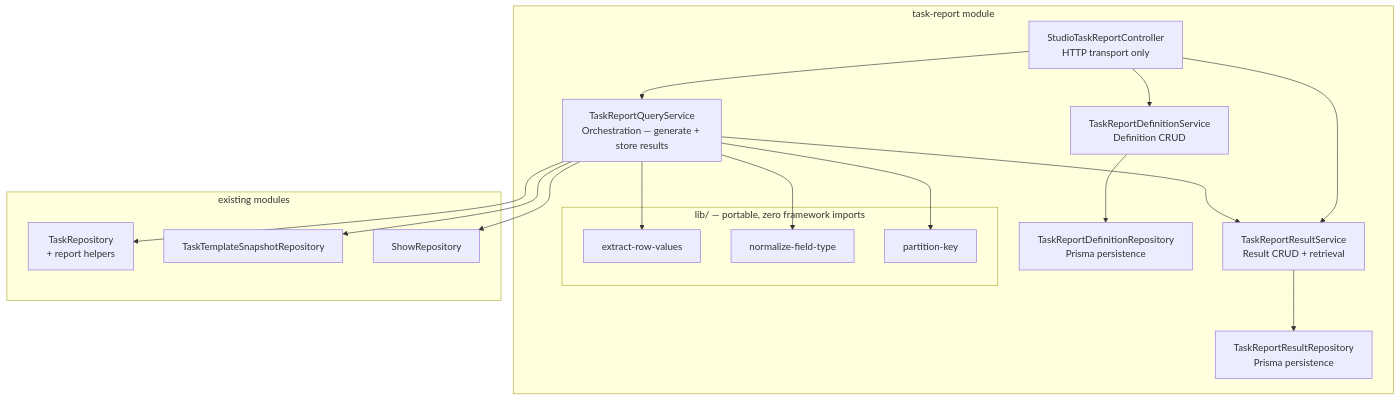
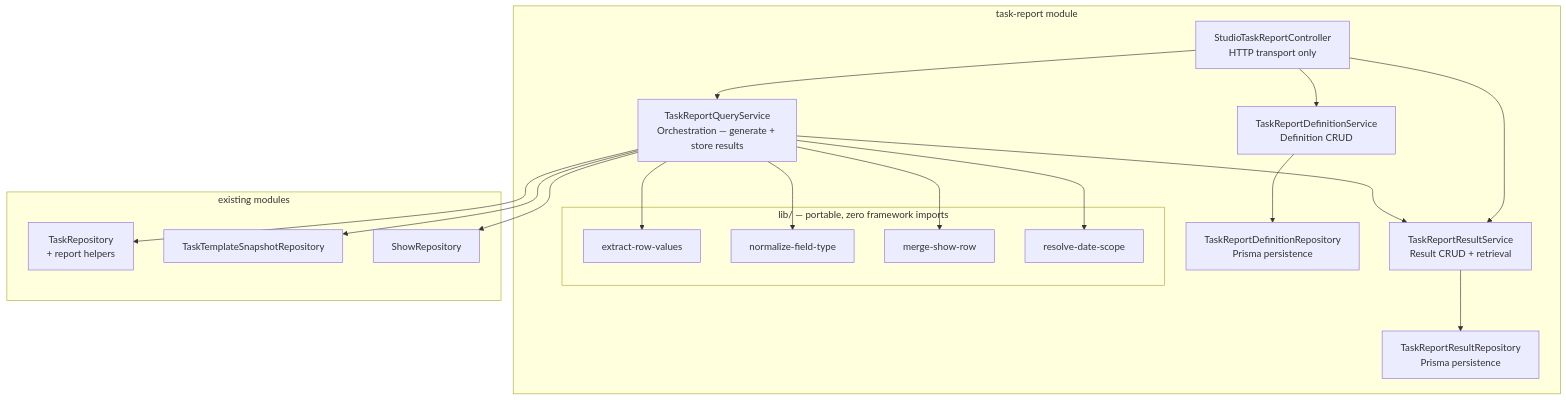
One commit to allenlin90/eridu-services changed the fourth of 4 diagrams in apps/erify_api/docs/design/TASK_SUBMISSION_REPORTING_DESIGN.md. Above: the diagram before and after it, drawn with Mermaid. The commit also changed other lines of this file and 5 other files, not shown here.

````diff
--- a/apps/erify_api/docs/design/TASK_SUBMISSION_REPORTING_DESIGN.md
+++ b/apps/erify_api/docs/design/TASK_SUBMISSION_REPORTING_DESIGN.md
@@ -696,35 +732,37 @@
 ```mermaid
 graph TB
     subgraph "task-report module"
         Ctrl[StudioTaskReportController<br/>HTTP transport only]
         QS[TaskReportQueryService<br/>Orchestration — generate + store results]
         DS[TaskReportDefinitionService<br/>Definition CRUD]
         RS[TaskReportResultService<br/>Result CRUD + retrieval]
         DR[TaskReportDefinitionRepository<br/>Prisma persistence]
         RR[TaskReportResultRepository<br/>Prisma persistence]
         subgraph "lib/ — portable, zero framework imports"
             ERV[extract-row-values]
             NFT[normalize-field-type]
-            PK[partition-key]
+            MSR[merge-show-row]
+            RDS[resolve-date-scope]
         end
     end
 
     subgraph "existing modules"
         TaskRepo[TaskRepository<br/>+ report helpers]
         SnapshotRepo[TaskTemplateSnapshotRepository]
         ShowRepo[ShowRepository]
     end
 
     Ctrl --> QS
     Ctrl --> DS
     Ctrl --> RS
     DS --> DR
     RS --> RR
     QS --> RS
     QS --> TaskRepo
     QS --> SnapshotRepo
     QS --> ShowRepo
     QS --> ERV
     QS --> NFT
-    QS --> PK
+    QS --> MSR
+    QS --> RDS
 ```
````
